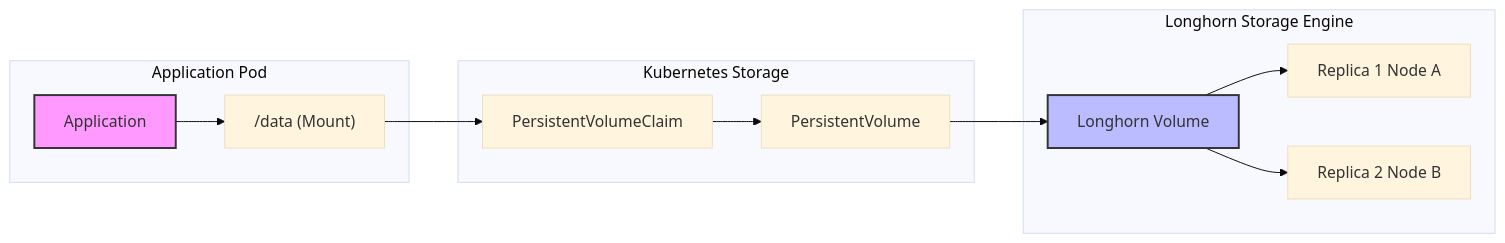
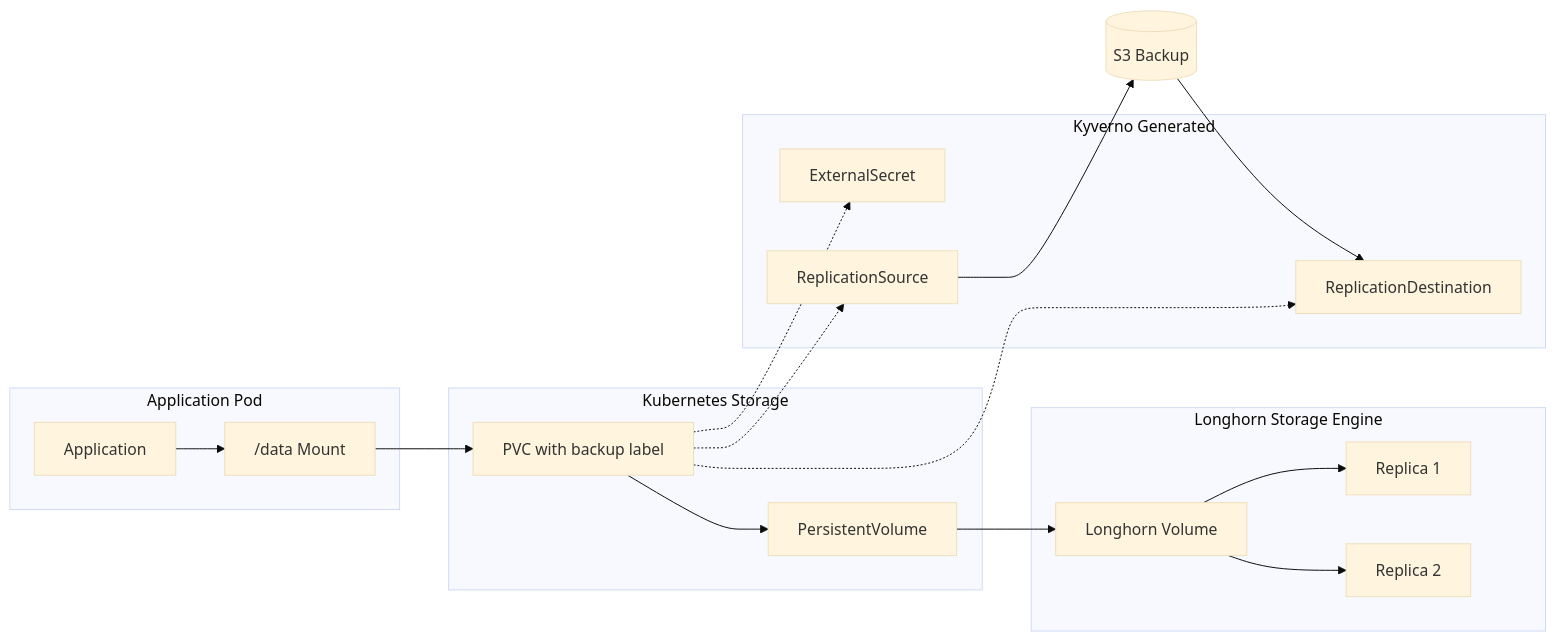
The fourth of 5 diagrams in docs/storage-architecture.md (mitchross/talos-argocd-proxmox), drawn with Mermaid (base theme) before and after one commit. The commit also changed other lines of this file and 9 other files, not shown here.

````diff
--- a/docs/storage-architecture.md
+++ b/docs/storage-architecture.md
@@ -59,20 +168,26 @@
 ```mermaid
 graph LR
     subgraph "Application Pod"
-        App[Application] --> Mount["/data (Mount)"]
+        App[Application] --> Mount["/data Mount"]
     end
 
     subgraph "Kubernetes Storage"
-        Mount --> PVC[PersistentVolumeClaim]
+        Mount --> PVC[PVC with backup label]
         PVC --> PV[PersistentVolume]
     end
 
     subgraph "Longhorn Storage Engine"
         PV --> LH_Vol[Longhorn Volume]
-        LH_Vol --> Replica1[Replica 1 Node A]
-        LH_Vol --> Replica2[Replica 2 Node B]
+        LH_Vol --> Replica1[Replica 1]
+        LH_Vol --> Replica2[Replica 2]
     end
 
-    style App fill:#f9f,stroke:#333,stroke-width:2px
-    style LH_Vol fill:#bbf,stroke:#333,stroke-width:2px
+    subgraph "Kyverno Generated"
+        PVC -.-> ES[ExternalSecret]
+        PVC -.-> RS[ReplicationSource]
+        PVC -.-> RD[ReplicationDestination]
+    end
+
+    RS --> S3[(S3 Backup)]
+    S3 --> RD
 ```
````
